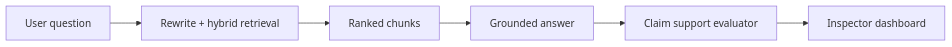
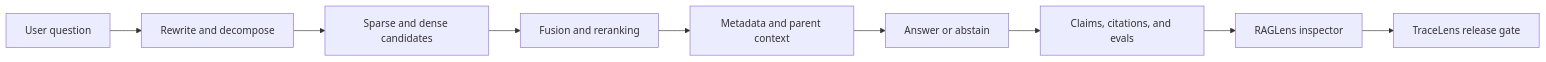
One commit to patternmatcher/RAGLens changed the diagram in README.md. Above: the diagram before and after it, drawn with Mermaid. The commit also changed other lines of this file and 68 other files, not shown here.

````diff
--- a/README.md
+++ b/README.md
@@ -91,8 +99,11 @@
 ```mermaid
 flowchart LR
-  A["User question"] --> B["Rewrite + hybrid retrieval"]
-  B --> C["Ranked chunks"]
-  C --> D["Grounded answer"]
-  D --> E["Claim support evaluator"]
-  E --> F["Inspector dashboard"]
+  A["User question"] --> B["Rewrite and decompose"]
+  B --> C["Sparse and dense candidates"]
+  C --> D["Fusion and reranking"]
+  D --> E["Metadata and parent context"]
+  E --> F["Answer or abstain"]
+  F --> G["Claims, citations, and evals"]
+  G --> H["RAGLens inspector"]
+  H --> I["TraceLens release gate"]
 ```
````
